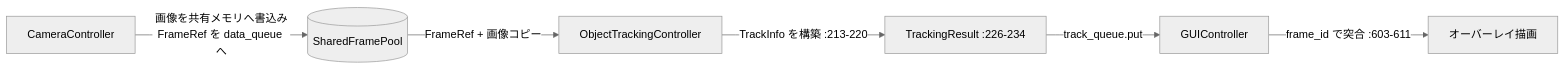
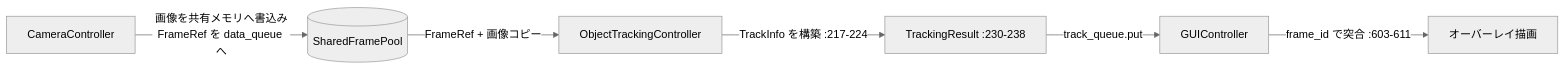
The diagram in docs/specs/data-models/design.md (NobuoTsukamoto/multiprocess-object-tracker), drawn with Mermaid (neutral theme) before and after one commit. The commit also changed other lines of this file and 14 other files, not shown here.

````diff
--- a/docs/specs/data-models/design.md
+++ b/docs/specs/data-models/design.md
@@ -48,8 +48,8 @@
 ```mermaid
 flowchart LR
     Cam[CameraController] -->|画像を共有メモリへ書込み<br/>FrameRef を data_queue へ| Pool[(SharedFramePool)]
     Pool -->|FrameRef + 画像コピー| OT[ObjectTrackingController]
-    OT -->|TrackInfo を構築 :213-220| TR[TrackingResult :226-234]
+    OT -->|TrackInfo を構築 :217-224| TR[TrackingResult :230-238]
     TR -->|track_queue.put| GUI[GUIController]
     GUI -->|frame_id で突合 :603-611| Render[オーバーレイ描画]
 ```
````
